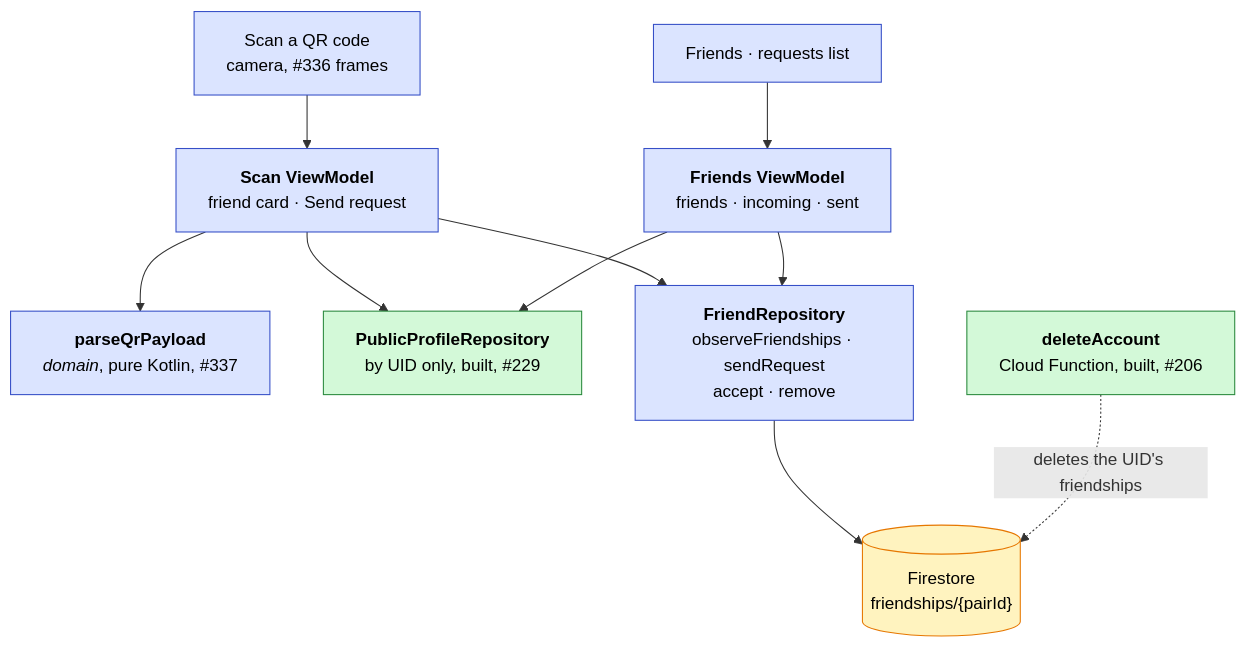
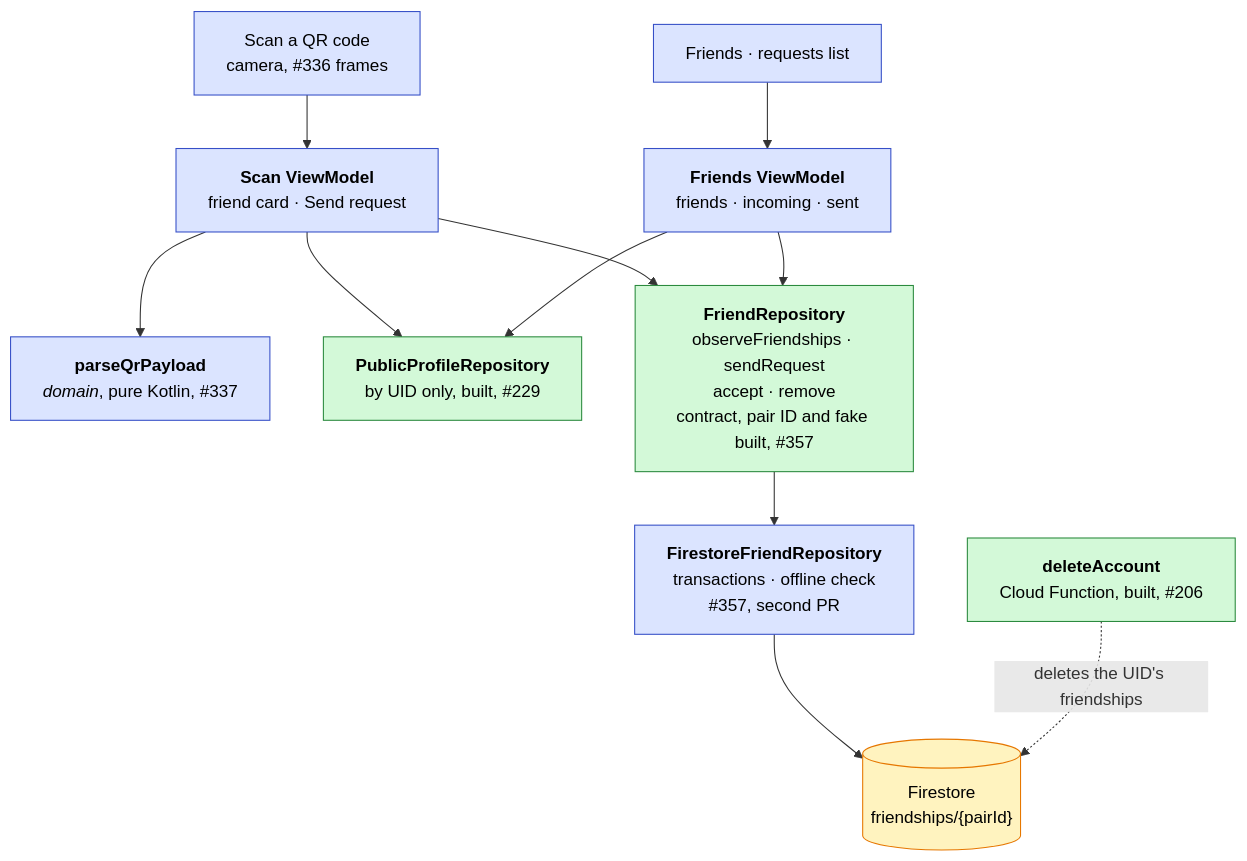
One commit to swent-polysocial/PolySocial changed the seventh of 14 diagrams in docs/Architecture-Diagram.md. Above: the diagram before and after it, drawn with Mermaid. The commit also changed other lines of this file and 1 other file, not shown here.

Commit message:
docs: record the friend repository contract
The Architecture Diagram now draws FriendRepository's contract, pair
ID and fake as built and the Firestore repository as still planned,
and CONTEXT.md records the contract's decisions (one result type per
call, no NotSignedIn, actions take the shown friendship), so the
friends screens build against it.

Refs #357

````diff
--- a/docs/Architecture-Diagram.md
+++ b/docs/Architecture-Diagram.md
@@ -298,16 +299,17 @@
 ```mermaid
 flowchart TB
   classDef pb fill:#dbe4ff,stroke:#364fc7,color:#000
   classDef ext fill:#fff3bf,stroke:#e67700,color:#000
   classDef s1 fill:#d3f9d8,stroke:#2b8a3e,color:#000
 
   scan["Scan a QR code<br/>camera, #336 frames"]:::pb --> scanVM["<b>Scan ViewModel</b><br/>friend card · Send request"]:::pb
   scanVM --> qr["<b>parseQrPayload</b><br/><i>domain</i>, pure Kotlin, #337"]:::pb
   scanVM --> pub["<b>PublicProfileRepository</b><br/>by UID only, built, #229"]:::s1
-  scanVM --> friendRepo["<b>FriendRepository</b><br/>observeFriendships · sendRequest<br/>accept · remove"]:::pb
+  scanVM --> friendRepo["<b>FriendRepository</b><br/>observeFriendships · sendRequest<br/>accept · remove<br/>contract, pair ID and fake built, #357"]:::s1
   friendsUi["Friends · requests list"]:::pb --> friendsVM["<b>Friends ViewModel</b><br/>friends · incoming · sent"]:::pb
   friendsVM --> friendRepo
   friendsVM --> pub
-  friendRepo --> fs[("Firestore<br/>friendships/{pairId}")]:::ext
+  friendRepo --> fsRepo["<b>FirestoreFriendRepository</b><br/>transactions · offline check<br/>#357, second PR"]:::pb
+  fsRepo --> fs[("Firestore<br/>friendships/{pairId}")]:::ext
   delFn["<b>deleteAccount</b><br/>Cloud Function, built, #206"]:::s1 -. "deletes the UID's friendships" .-> fs
 ```
````
